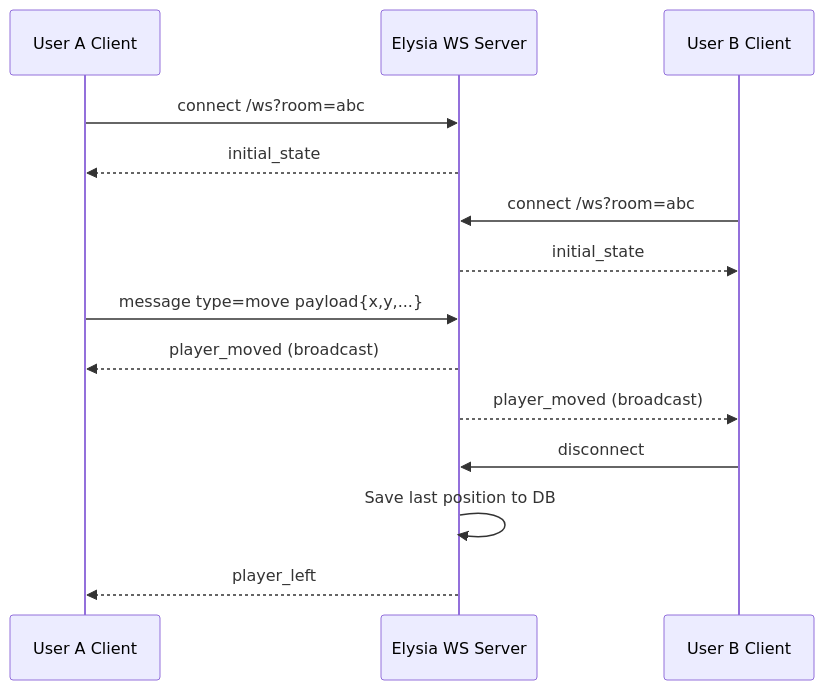
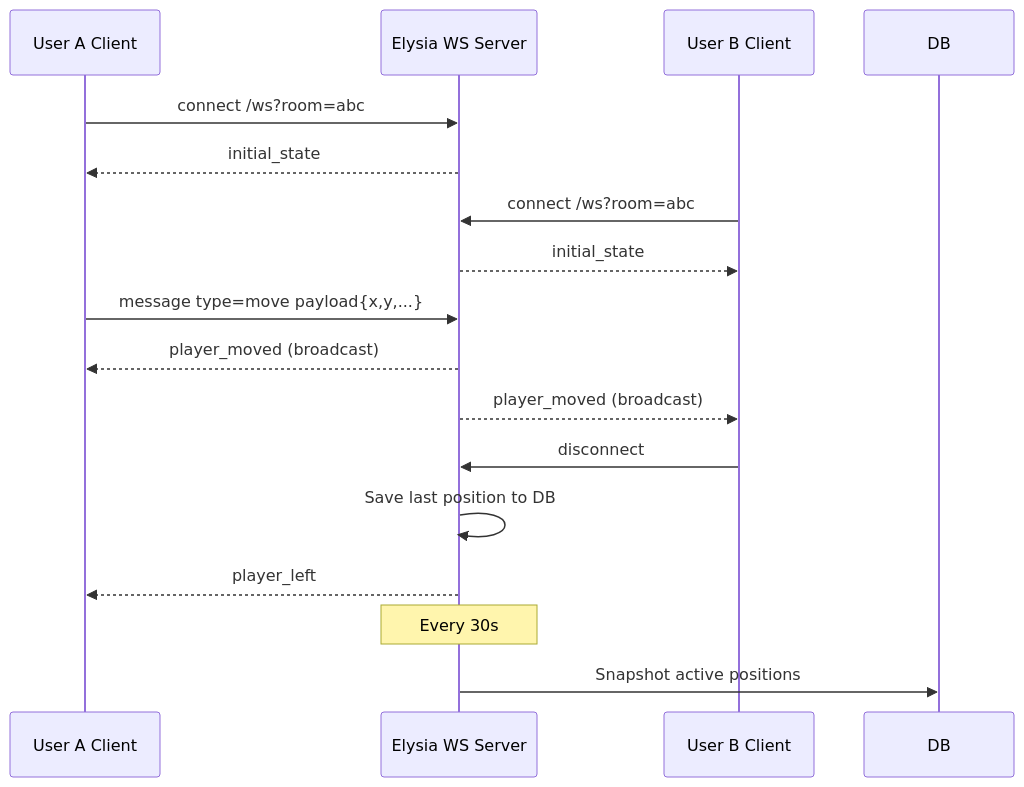
One commit to locpham-gh/the-gathering-03 changed the fifth of 10 diagrams in docs/diagram.md. Above: the diagram before and after it, drawn with Mermaid. The commit also changed other lines of this file and 43 other files, not shown here.

````diff
--- a/docs/diagram.md
+++ b/docs/diagram.md
@@ -91,19 +91,23 @@
 ```mermaid
 sequenceDiagram
 		participant U1 as User A Client
 		participant WS as Elysia WS Server
 		participant U2 as User B Client
 
 		U1->>WS: connect /ws?room=abc
 		WS-->>U1: initial_state
 		U2->>WS: connect /ws?room=abc
 		WS-->>U2: initial_state
 
 		U1->>WS: message type=move payload{x,y,...}
 		WS-->>U1: player_moved (broadcast)
 		WS-->>U2: player_moved (broadcast)
 
 		U2->>WS: disconnect
 		WS->>WS: Save last position to DB
 		WS-->>U1: player_left
+
+	%% Periodic snapshots
+	Note over WS: Every 30s
+	WS->>DB: Snapshot active positions
 ```
````
